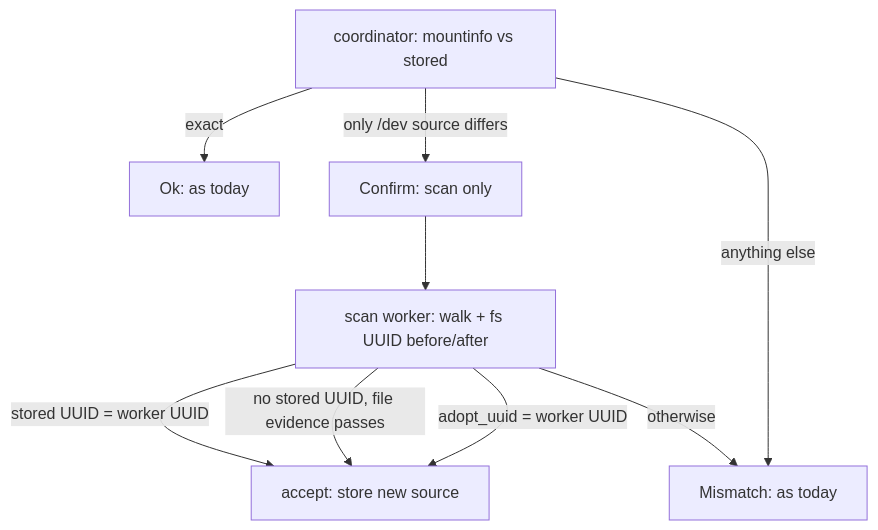
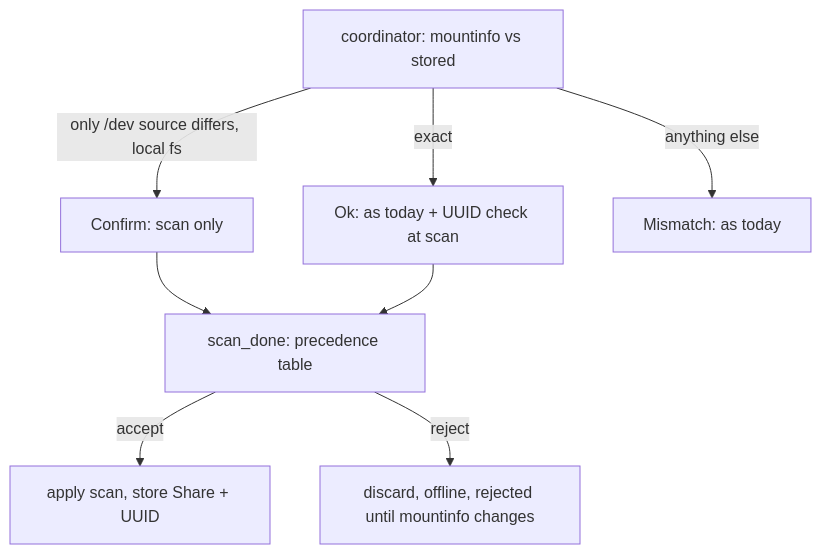
The diagram in spec/2026-11-15-14-stable-identity.md (olafkfreund/nixarchy-llm-index), drawn with Mermaid before and after one commit. The commit also changed other lines of this file, not shown here.

First line of the commit message:
docs(spec): revise 2026-11-15-14-stable-identity after Codex and agy review (#14)

````diff
--- a/spec/2026-11-15-14-stable-identity.md
+++ b/spec/2026-11-15-14-stable-identity.md
@@ -17,11 +23,10 @@
 ```mermaid
 flowchart TD
-  C[coordinator: mountinfo vs stored] -->|exact| OK[Ok: as today]
-  C -->|only /dev source differs| CF[Confirm: scan only]
+  C[coordinator: mountinfo vs stored] -->|exact| OK[Ok: as today + UUID check at scan]
+  C -->|only /dev source differs, local fs| CF[Confirm: scan only]
   C -->|anything else| MM[Mismatch: as today]
-  CF --> W[scan worker: walk + fs UUID before/after]
-  W -->|stored UUID = worker UUID| AD[accept: store new source]
-  W -->|no stored UUID, file evidence passes| AD
-  W -->|adopt_uuid = worker UUID| AD
-  W -->|otherwise| MM
+  CF --> T[scan_done: precedence table]
+  OK --> T
+  T -->|accept| A[apply scan, store Share + UUID]
+  T -->|reject| R[discard, offline, rejected until mountinfo changes]
 ```
````
